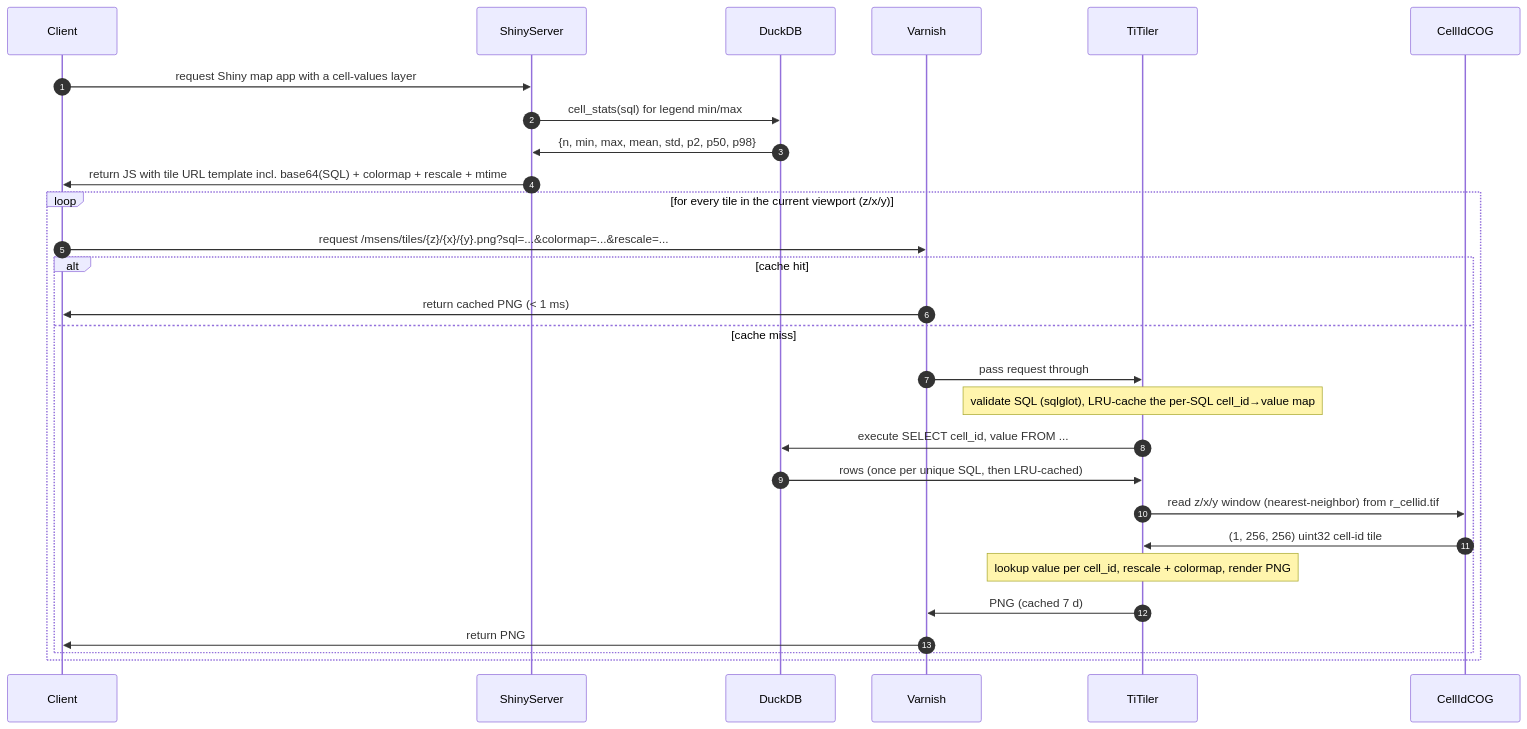
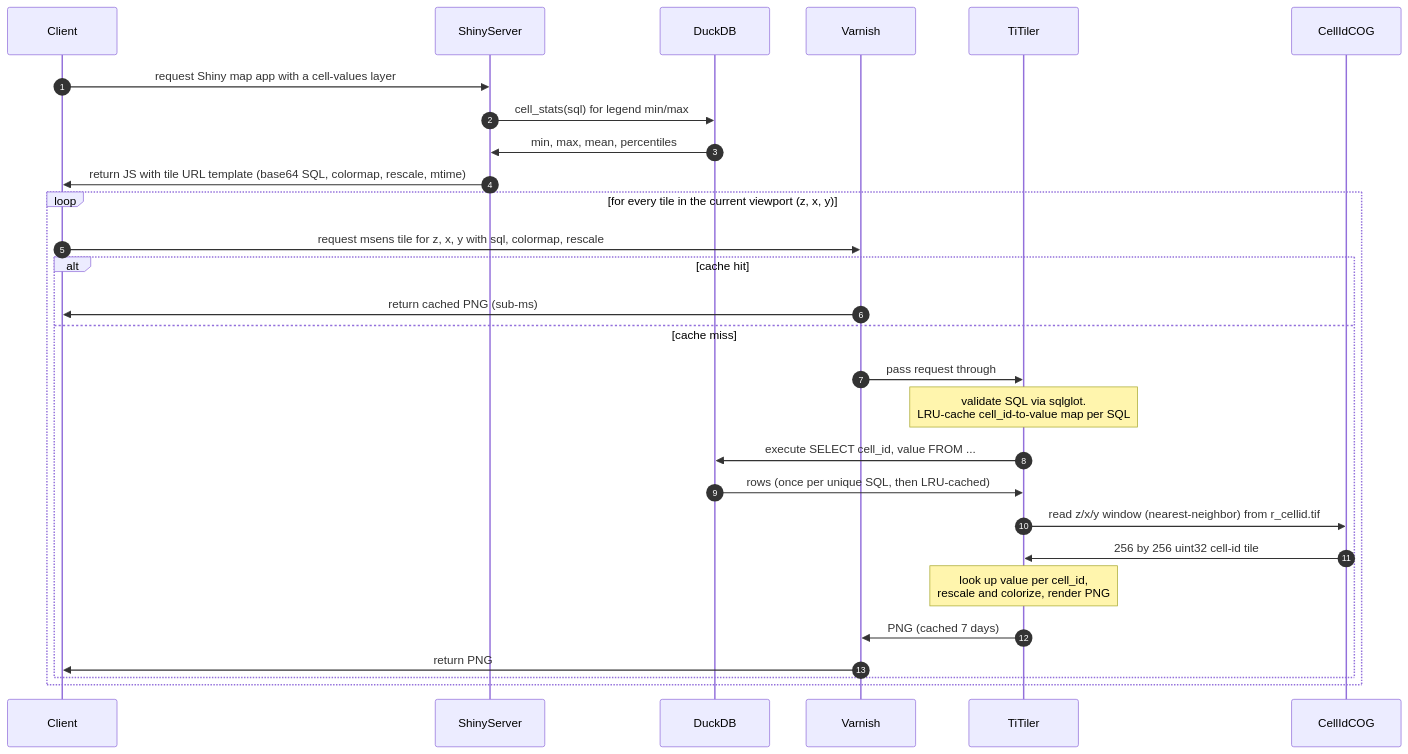
Before and after one commit to MarineSensitivity/docs: the diagram in diagrams/raster.mmd, drawn with Mermaid. The commit also changed 3 other files, not shown here.

First line of the commit message:
Fix Quarto render hang: mermaid sequence-diagram parser chokes on semicolons in Note over text

```diff
--- a/diagrams/raster.mmd
+++ b/diagrams/raster.mmd
@@ -1,23 +1,23 @@
 sequenceDiagram
   autonumber
   Client      ->> ShinyServer: request Shiny map app with a cell-values layer
   ShinyServer ->> DuckDB:      cell_stats(sql) for legend min/max
-  DuckDB      ->> ShinyServer: {n, min, max, mean, std, p2, p50, p98}
-  ShinyServer ->> Client:      return JS with tile URL template incl. base64(SQL) + colormap + rescale + mtime
-  loop for every tile in the current viewport (z/x/y)
-    Client      ->> Varnish:      request /msens/tiles/{z}/{x}/{y}.png?sql=...&colormap=...&rescale=...
+  DuckDB      ->> ShinyServer: min, max, mean, percentiles
+  ShinyServer ->> Client:      return JS with tile URL template (base64 SQL, colormap, rescale, mtime)
+  loop for every tile in the current viewport (z, x, y)
+    Client      ->> Varnish:      request msens tile for z, x, y with sql, colormap, rescale
     alt cache hit
-      Varnish   ->> Client:       return cached PNG (< 1 ms)
+      Varnish   ->> Client:       return cached PNG (sub-ms)
     else cache miss
       Varnish   ->> TiTiler:      pass request through
-      Note over TiTiler: validate SQL (sqlglot), LRU-cache the per-SQL cell_id→value map
+      Note over TiTiler: validate SQL via sqlglot.<br/>LRU-cache cell_id-to-value map per SQL
       TiTiler   ->> DuckDB:        execute SELECT cell_id, value FROM ...
       DuckDB    ->> TiTiler:       rows (once per unique SQL, then LRU-cached)
       TiTiler   ->> CellIdCOG:     read z/x/y window (nearest-neighbor) from r_cellid.tif
-      CellIdCOG ->> TiTiler:       (1, 256, 256) uint32 cell-id tile
-      Note over TiTiler: lookup value per cell_id, rescale + colormap, render PNG
-      TiTiler   ->> Varnish:       PNG (cached 7 d)
+      CellIdCOG ->> TiTiler:       256 by 256 uint32 cell-id tile
+      Note over TiTiler: look up value per cell_id,<br/>rescale and colorize, render PNG
+      TiTiler   ->> Varnish:       PNG (cached 7 days)
       Varnish   ->> Client:        return PNG
     end
   end
 %% mmdc -i diagrams/raster.mmd --theme default --backgroundColor transparent --scale 8 -o diagrams/raster.png
```
